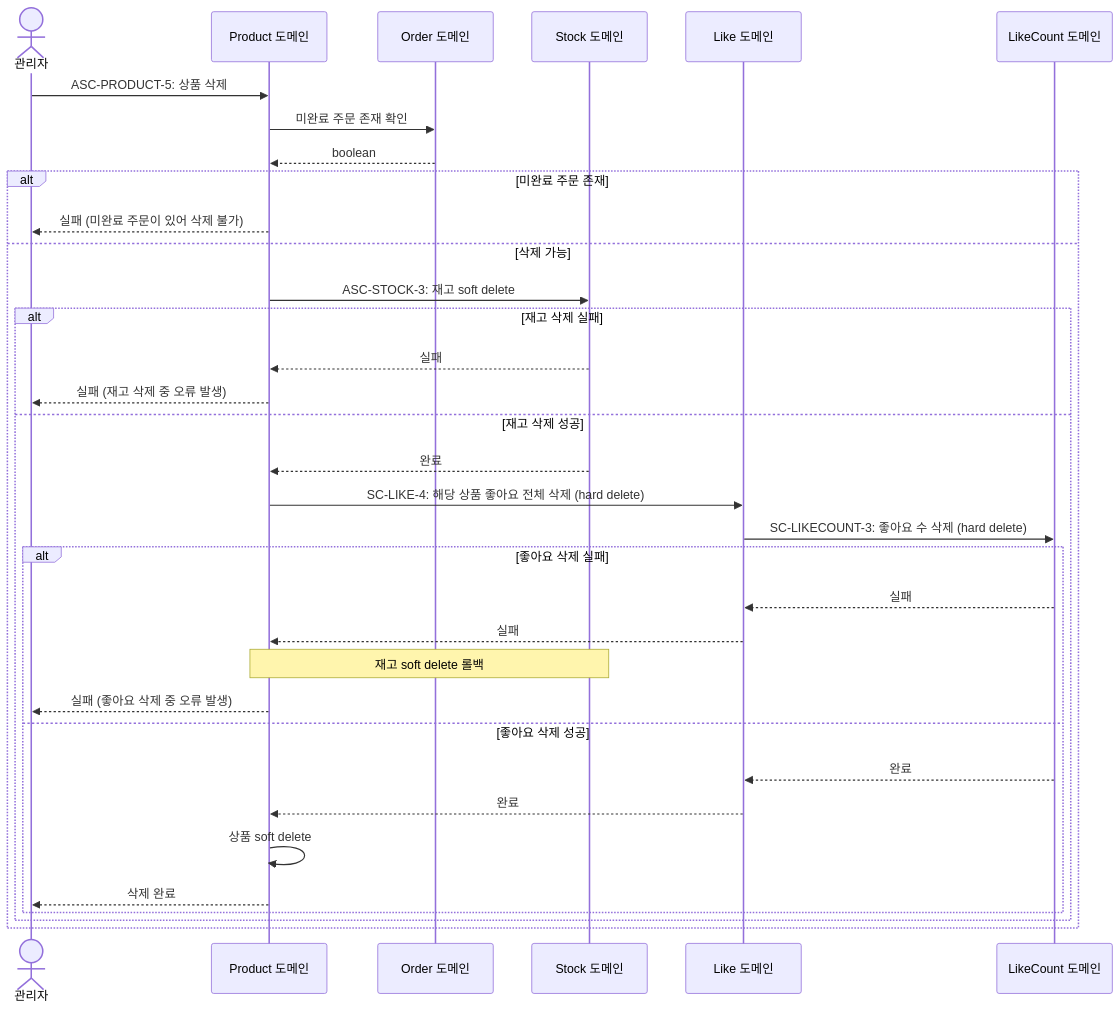
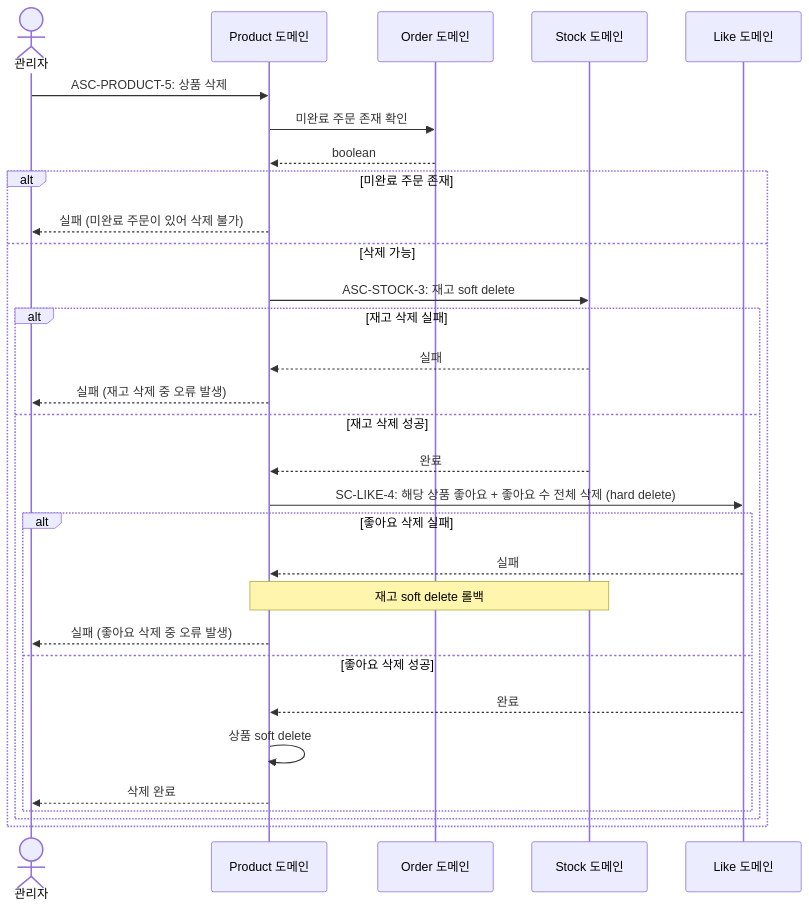
Before and after one commit to loopers-labs/loop-pack-be-l2-vol4-kotlin: the fourth of 38 diagrams in docs/02-sequence-diagrams.md, drawn with Mermaid. The commit also changed other lines of this file and 3 other files, not shown here.

````diff
--- a/docs/02-sequence-diagrams.md
+++ b/docs/02-sequence-diagrams.md
@@ -83,38 +80,34 @@
 ```mermaid
 sequenceDiagram
     actor Admin as 관리자
     participant Product as Product 도메인
     participant Order as Order 도메인
     participant Stock as Stock 도메인
     participant Like as Like 도메인
-    participant LikeCount as LikeCount 도메인
 
     Admin->>Product: ASC-PRODUCT-5: 상품 삭제
     Product->>Order: 미완료 주문 존재 확인
     Order-->>Product: boolean
 
     alt 미완료 주문 존재
         Product-->>Admin: 실패 (미완료 주문이 있어 삭제 불가)
     else 삭제 가능
         Product->>Stock: ASC-STOCK-3: 재고 soft delete
         alt 재고 삭제 실패
             Stock-->>Product: 실패
             Product-->>Admin: 실패 (재고 삭제 중 오류 발생)
         else 재고 삭제 성공
             Stock-->>Product: 완료
-            Product->>Like: SC-LIKE-4: 해당 상품 좋아요 전체 삭제 (hard delete)
-            Like->>LikeCount: SC-LIKECOUNT-3: 좋아요 수 삭제 (hard delete)
+            Product->>Like: SC-LIKE-4: 해당 상품 좋아요 + 좋아요 수 전체 삭제 (hard delete)
             alt 좋아요 삭제 실패
-                LikeCount-->>Like: 실패
                 Like-->>Product: 실패
                 Note over Product,Stock: 재고 soft delete 롤백
                 Product-->>Admin: 실패 (좋아요 삭제 중 오류 발생)
             else 좋아요 삭제 성공
-                LikeCount-->>Like: 완료
                 Like-->>Product: 완료
                 Product->>Product: 상품 soft delete
                 Product-->>Admin: 삭제 완료
             end
         end
     end
 ```
````
